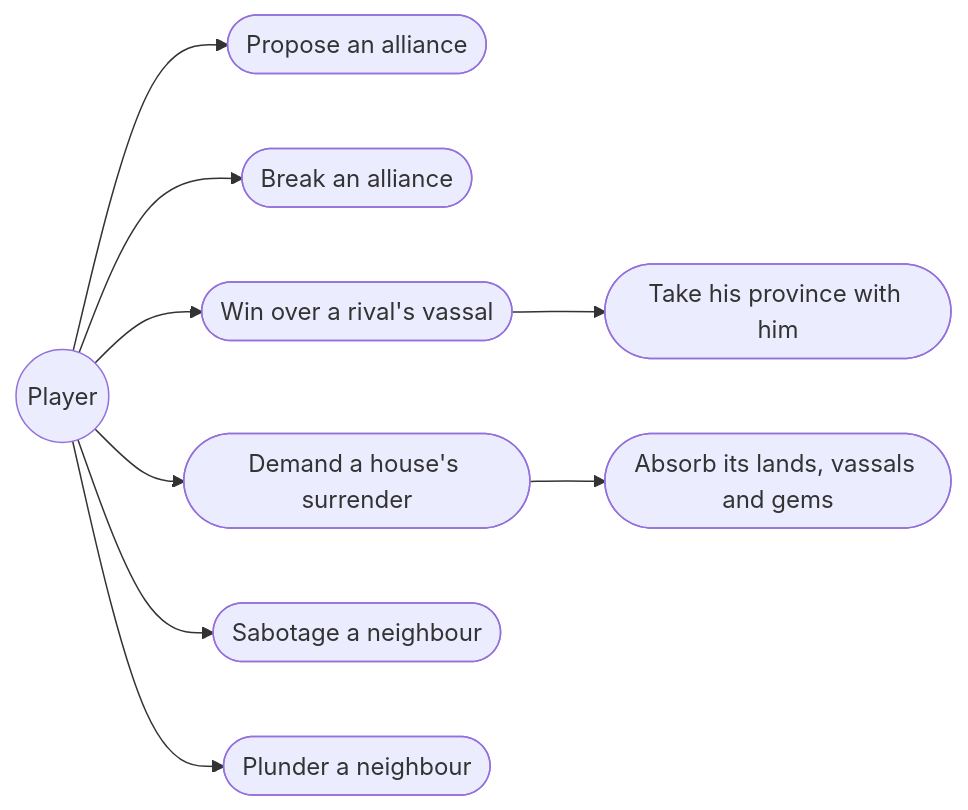
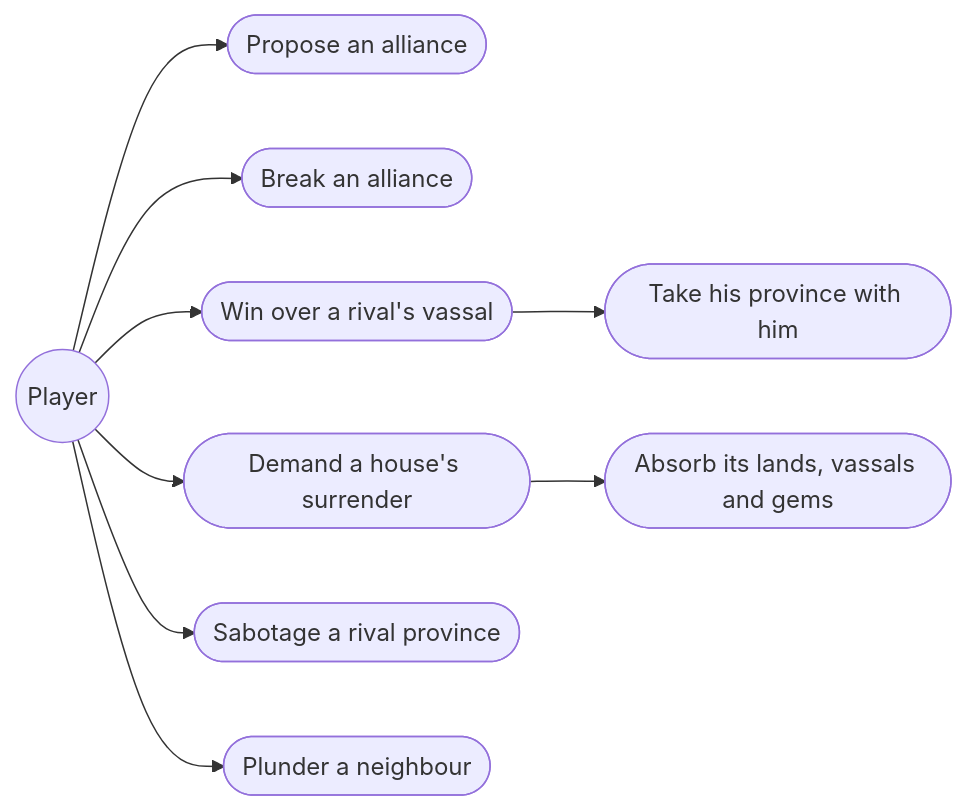
One commit to pslotinsky/kunstkamera changed the first of 4 diagrams in gemstorm/docs/design/10-diplomacy.md. Above: the diagram before and after it, drawn with Mermaid. The commit also changed other lines of this file and 19 other files, not shown here.

````diff
--- a/gemstorm/docs/design/10-diplomacy.md
+++ b/gemstorm/docs/design/10-diplomacy.md
@@ -32,12 +32,12 @@
 ```mermaid
 flowchart LR
   player((Player))
   player --> ally(["Propose an alliance"])
   player --> unally(["Break an alliance"])
   player --> defect(["Win over a rival's vassal"])
   defect --> take(["Take his province with him"])
   player --> yield(["Demand a house's surrender"])
   yield --> absorb(["Absorb its lands, vassals and gems"])
-  player --> sabotage(["Sabotage a neighbour"])
+  player --> sabotage(["Sabotage a rival province"])
   player --> plunder(["Plunder a neighbour"])
 ```
````
